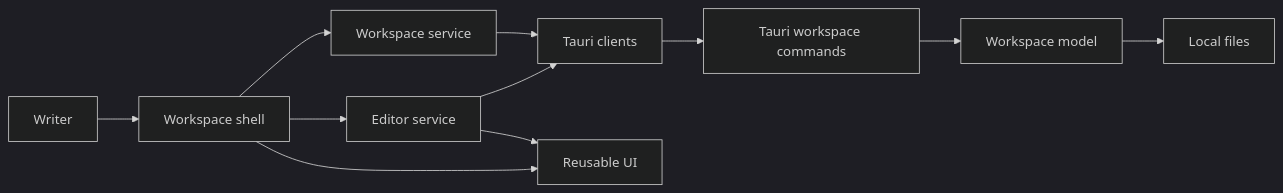
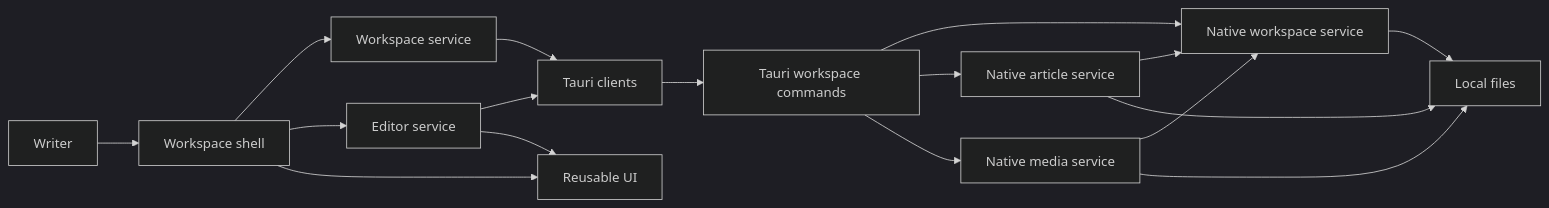
The diagram in docs/architecture/index.md (hypertextual/hypertextual), drawn with Mermaid (dark theme) before and after one commit. The commit also changed other lines of this file and 20 other files, not shown here.

````diff
--- a/docs/architecture/index.md
+++ b/docs/architecture/index.md
@@ -26,13 +26,19 @@
 ```mermaid
 flowchart LR
   Writer --> Shell[Workspace shell]
   Shell --> Workspace[Workspace service]
   Shell --> Editor[Editor service]
   Shell --> UI[Reusable UI]
   Workspace --> Client[Tauri clients]
   Editor --> Client
   Editor --> UI
   Client --> Rust[Tauri workspace commands]
-  Rust --> Model[Workspace model]
-  Model --> Files[Local files]
+  Rust --> WorkspaceService[Native workspace service]
+  Rust --> ArticleService[Native article service]
+  Rust --> MediaService[Native media service]
+  ArticleService --> WorkspaceService
+  MediaService --> WorkspaceService
+  WorkspaceService --> Files[Local files]
+  ArticleService --> Files
+  MediaService --> Files
 ```
````
